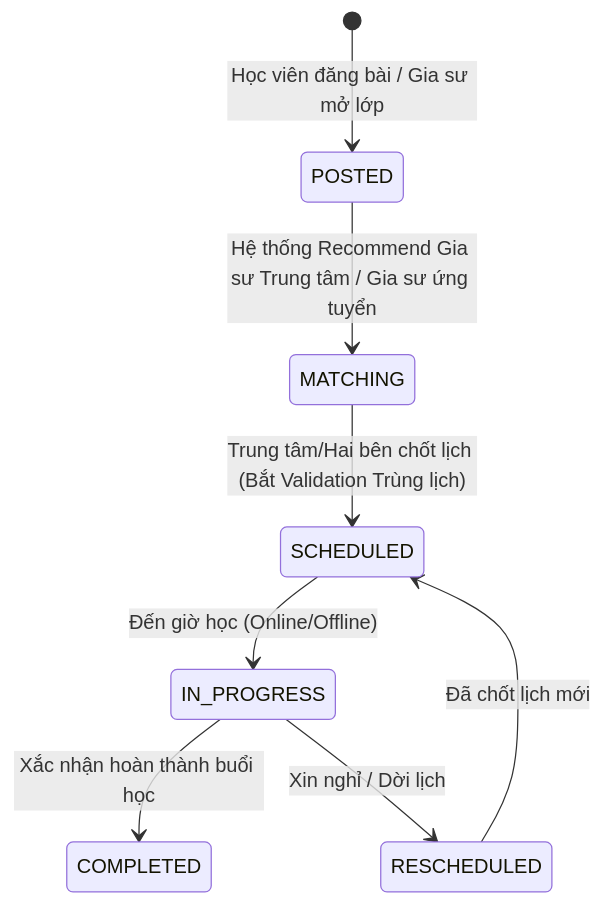
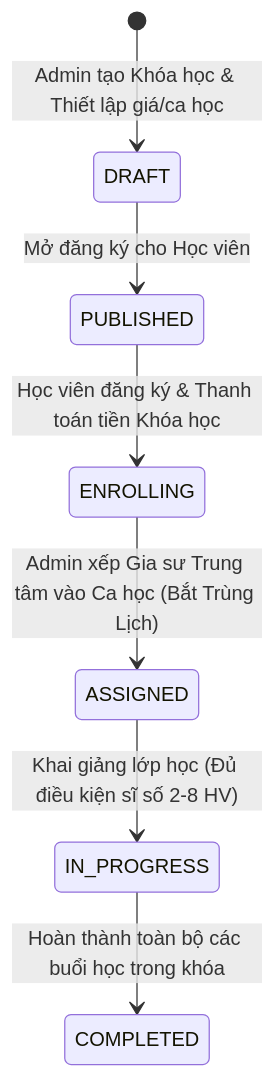
One commit to Tri-Viet-Tutor/documentation changed the diagram in 01-Business-Logic/04-Matching-and-Class-Management.md. Above: the diagram before and after it, drawn with Mermaid. The commit also changed other lines of this file and 4 other files, not shown here.

````diff
--- a/01-Business-Logic/04-Matching-and-Class-Management.md
+++ b/01-Business-Logic/04-Matching-and-Class-Management.md
@@ -5,10 +5,9 @@
 ```mermaid
 stateDiagram-v2
-    [*] --> POSTED: Học viên đăng bài / Gia sư mở lớp
-    POSTED --> MATCHING: Hệ thống Recommend Gia sư Trung tâm / Gia sư ứng tuyển
-    MATCHING --> SCHEDULED: Trung tâm/Hai bên chốt lịch (Bắt Validation Trùng lịch)
-    SCHEDULED --> IN_PROGRESS: Đến giờ học (Online/Offline)
-    IN_PROGRESS --> COMPLETED: Xắc nhận hoàn thành buổi học
-    IN_PROGRESS --> RESCHEDULED: Xin nghỉ / Dời lịch
-    RESCHEDULED --> SCHEDULED: Đã chốt lịch mới
+    [*] --> DRAFT: Admin tạo Khóa học & Thiết lập giá/ca học
+    DRAFT --> PUBLISHED: Mở đăng ký cho Học viên
+    PUBLISHED --> ENROLLING: Học viên đăng ký & Thanh toán tiền Khóa học
+    ENROLLING --> ASSIGNED: Admin xếp Gia sư Trung tâm vào Ca học (Bắt Trùng Lịch)
+    ASSIGNED --> IN_PROGRESS: Khai giảng lớp học (Đủ điều kiện sĩ số 2-8 HV)
+    IN_PROGRESS --> COMPLETED: Hoàn thành toàn bộ các buổi học trong khóa
 ```
````
